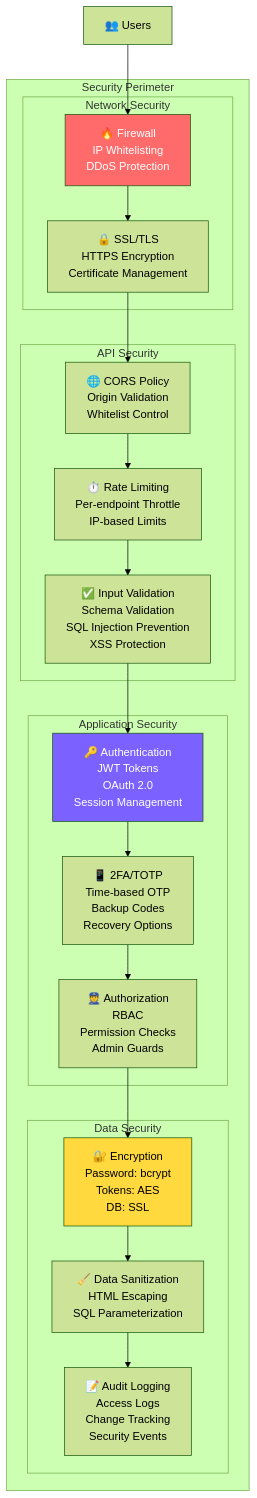
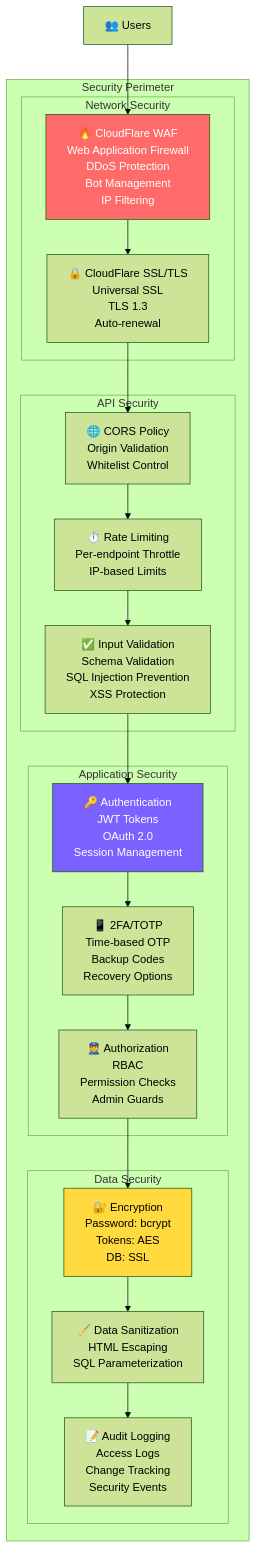
One commit to tikpoptv/MUSE-MUSIC changed the fifth of 7 diagrams in diagrams/high-level-diagram.md. Above: the diagram before and after it, drawn with Mermaid (forest theme). The commit also changed other lines of this file and 2 other files, not shown here.

First line of the commit message:
Update diagrams to reflect CloudFlare integration

````diff
--- a/diagrams/high-level-diagram.md
+++ b/diagrams/high-level-diagram.md
@@ -240,43 +240,43 @@
 ```mermaid
 graph TB
     subgraph "Security Perimeter"
         subgraph "Network Security"
-            FIREWALL[🔥 Firewall<br/>IP Whitelisting<br/>DDoS Protection]
-            SSL[🔒 SSL/TLS<br/>HTTPS Encryption<br/>Certificate Management]
+            FIREWALL[🔥 CloudFlare WAF<br/>Web Application Firewall<br/>DDoS Protection<br/>Bot Management<br/>IP Filtering]
+            SSL[🔒 CloudFlare SSL/TLS<br/>Universal SSL<br/>TLS 1.3<br/>Auto-renewal]
         end
         
         subgraph "Application Security"
             AUTH[🔑 Authentication<br/>JWT Tokens<br/>OAuth 2.0<br/>Session Management]
             AUTHZ[👮 Authorization<br/>RBAC<br/>Permission Checks<br/>Admin Guards]
             TWOFACTOR[📱 2FA/TOTP<br/>Time-based OTP<br/>Backup Codes<br/>Recovery Options]
         end
         
         subgraph "API Security"
             RATELIMIT[⏱️ Rate Limiting<br/>Per-endpoint Throttle<br/>IP-based Limits]
             CORS_SEC[🌐 CORS Policy<br/>Origin Validation<br/>Whitelist Control]
             VALIDATION[✅ Input Validation<br/>Schema Validation<br/>SQL Injection Prevention<br/>XSS Protection]
         end
         
         subgraph "Data Security"
             ENCRYPTION[🔐 Encryption<br/>Password: bcrypt<br/>Tokens: AES<br/>DB: SSL]
             SANITIZATION[🧹 Data Sanitization<br/>HTML Escaping<br/>SQL Parameterization]
             AUDIT[📝 Audit Logging<br/>Access Logs<br/>Change Tracking<br/>Security Events]
         end
     end
     
     USERS[👥 Users] --> FIREWALL
     FIREWALL --> SSL
     SSL --> CORS_SEC
     CORS_SEC --> RATELIMIT
     RATELIMIT --> VALIDATION
     VALIDATION --> AUTH
     AUTH --> TWOFACTOR
     TWOFACTOR --> AUTHZ
     AUTHZ --> ENCRYPTION
     ENCRYPTION --> SANITIZATION
     SANITIZATION --> AUDIT
     
     style FIREWALL fill:#ff6b6b,color:#fff
     style AUTH fill:#7B61FF,color:#fff
     style ENCRYPTION fill:#ffd93d
 ```
````
